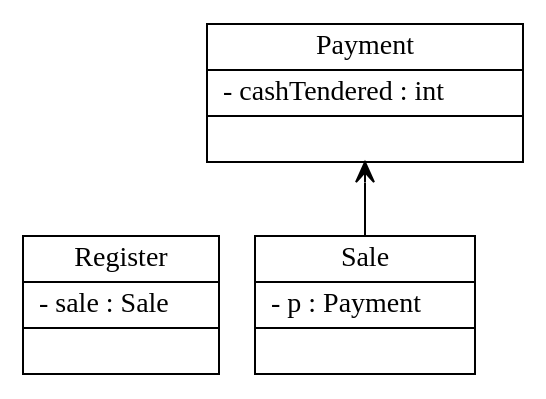
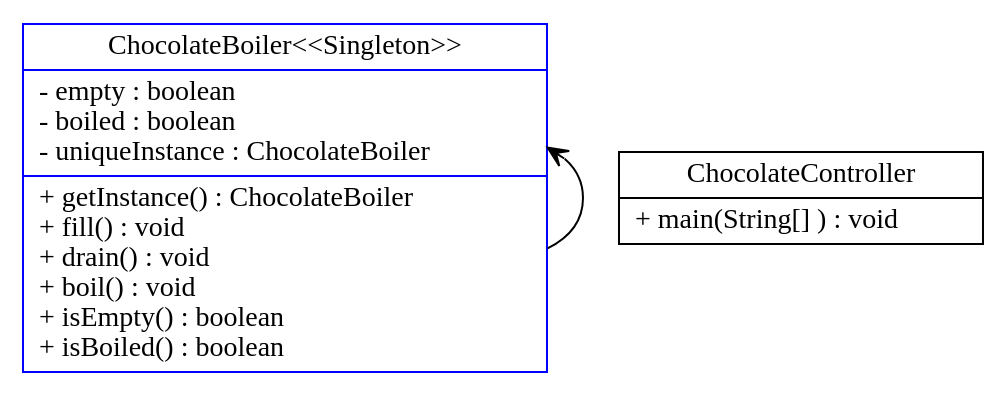
One commit to tandoni/374DesignProject changed the diagram in input_output/GraphForGraphViz.gv. Above: the diagram before and after it, drawn with Graphviz. The commit also changed 5 other files, not shown here.

```diff
--- a/input_output/GraphForGraphViz.gv
+++ b/input_output/GraphForGraphViz.gv
@@ -1,19 +1,15 @@
 digraph example { 
 rankdir=BT;
-Register [
+ChocolateBoiler [
 shape="record",
-label = "{Register| - sale : Sale\l|}"
+color="blue", label = "{ChocolateBoiler
+\<\<Singleton\>\>| - empty : boolean\l- boiled : boolean\l- uniqueInstance : ChocolateBoiler\l|+ getInstance() : ChocolateBoiler\l+ fill() : void\l+ drain() : void\l+ boil() : void\l+ isEmpty() : boolean\l+ isBoiled() : boolean\l}"
 ];
 
-Sale [
+ChocolateController [
 shape="record",
-label = "{Sale| - p : Payment\l|}"
-];
-
-Payment [
-shape="record",
-label = "{Payment| - cashTendered : int\l|}"
+label = "{ChocolateController| + main(String[] ) : void\l}"
 ];
 
 
-Sale -> Payment [arrowhead = "vee"];}
+ChocolateBoiler -> ChocolateBoiler [arrowhead = "vee"];}
```
